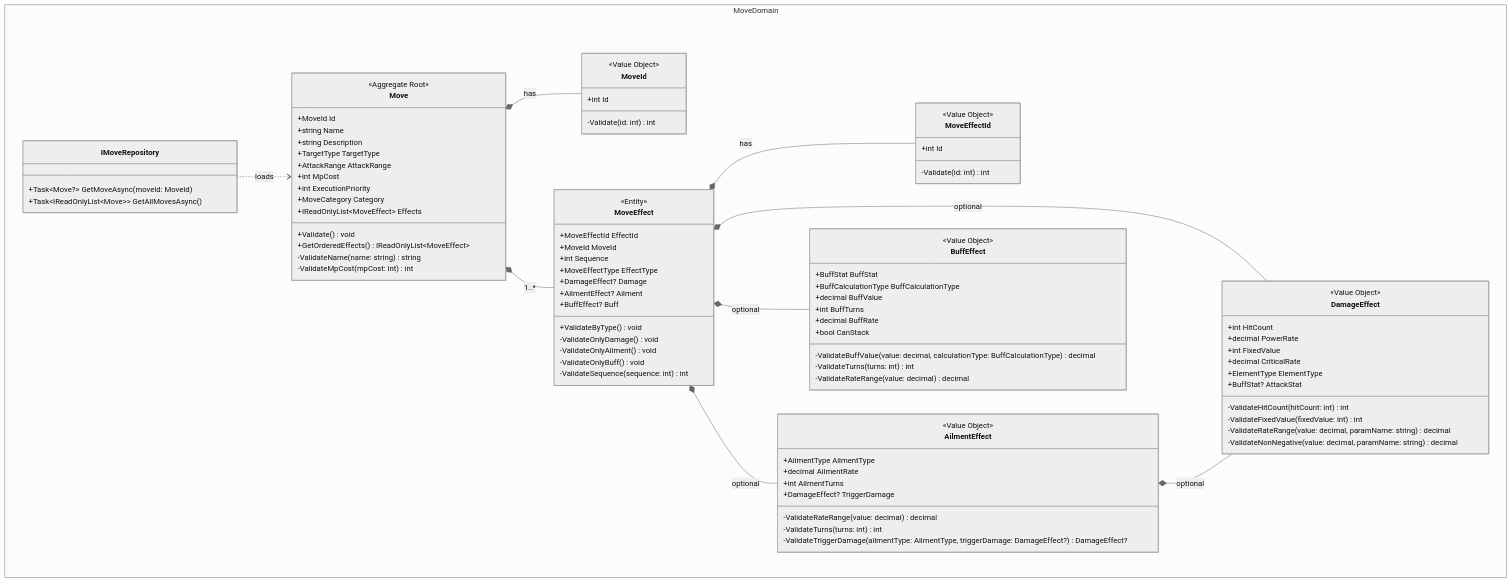
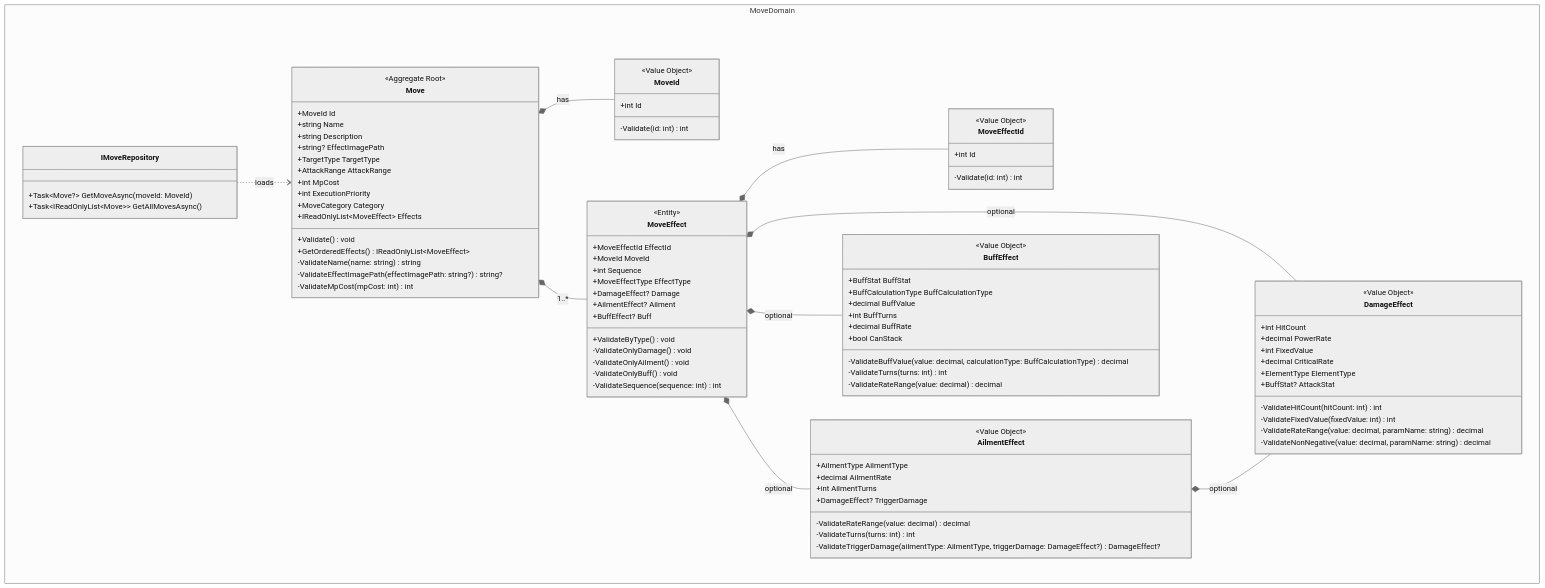
The diagram in docs/MMD02_MoveDomain.mmd (ayumu203/nisekue), drawn with Mermaid (neutral theme) before and after one commit. The commit also changed 5 other files, not shown here.

```diff
--- a/docs/MMD02_MoveDomain.mmd
+++ b/docs/MMD02_MoveDomain.mmd
@@ -1,101 +1,103 @@
 classDiagram
     %% Enum 定義は docs/MMD21_Enum.mmd を参照
     namespace MoveDomain {
         %% 技データ
         class Move {
             <<Aggregate Root>>
             +MoveId Id
             +string Name
             +string Description
+            +string? EffectImagePath
             +TargetType TargetType
             +AttackRange AttackRange
             +int MpCost
             +int ExecutionPriority
             +MoveCategory Category
             +IReadOnlyList~MoveEffect~ Effects
             +Validate() void
             +GetOrderedEffects() IReadOnlyList~MoveEffect~
             -ValidateName(name: string) string
+            -ValidateEffectImagePath(effectImagePath: string?) string?
             -ValidateMpCost(mpCost: int) int
         }
 
         class MoveId {
             <<Value Object>>
             +int Id
             -Validate(id: int) int
         }
 
         class MoveEffect {
             <<Entity>>
             +MoveEffectId EffectId
             +MoveId MoveId
             +int Sequence
             +MoveEffectType EffectType
             +DamageEffect? Damage
             +AilmentEffect? Ailment
             +BuffEffect? Buff
             +ValidateByType() void
             -ValidateOnlyDamage() void
             -ValidateOnlyAilment() void
             -ValidateOnlyBuff() void
             -ValidateSequence(sequence: int) int
         }
 
         class MoveEffectId {
             <<Value Object>>
             +int Id
             -Validate(id: int) int
         }
 
         class DamageEffect {
             <<Value Object>>
             +int HitCount
             +decimal PowerRate
             +int FixedValue
             +decimal CriticalRate
             +ElementType ElementType
             +BuffStat? AttackStat
             -ValidateHitCount(hitCount: int) int
             -ValidateFixedValue(fixedValue: int) int
             -ValidateRateRange(value: decimal, paramName: string) decimal
             -ValidateNonNegative(value: decimal, paramName: string) decimal
         }
 
         class AilmentEffect {
             <<Value Object>>
             +AilmentType AilmentType
             +decimal AilmentRate
             +int AilmentTurns
             +DamageEffect? TriggerDamage
             -ValidateRateRange(value: decimal) decimal
             -ValidateTurns(turns: int) int
             -ValidateTriggerDamage(ailmentType: AilmentType, triggerDamage: DamageEffect?) DamageEffect?
         }
 
         class BuffEffect {
             <<Value Object>>
             +BuffStat BuffStat
             +BuffCalculationType BuffCalculationType
             +decimal BuffValue
             +int BuffTurns
             +decimal BuffRate
             +bool CanStack
             -ValidateBuffValue(value: decimal, calculationType: BuffCalculationType) decimal
             -ValidateTurns(turns: int) int
             -ValidateRateRange(value: decimal) decimal
         }
 
         class IMoveRepository {
             +Task~Move?~ GetMoveAsync(moveId: MoveId)
             +Task~IReadOnlyList~Move~~ GetAllMovesAsync()
         }
     }
 
     Move *-- MoveId : has
     Move *-- MoveEffect : 1..*
     MoveEffect *-- MoveEffectId : has
     MoveEffect *-- DamageEffect : optional
     MoveEffect *-- AilmentEffect : optional
     AilmentEffect *-- DamageEffect : optional
     MoveEffect *-- BuffEffect : optional
     IMoveRepository ..> Move : loads
```
